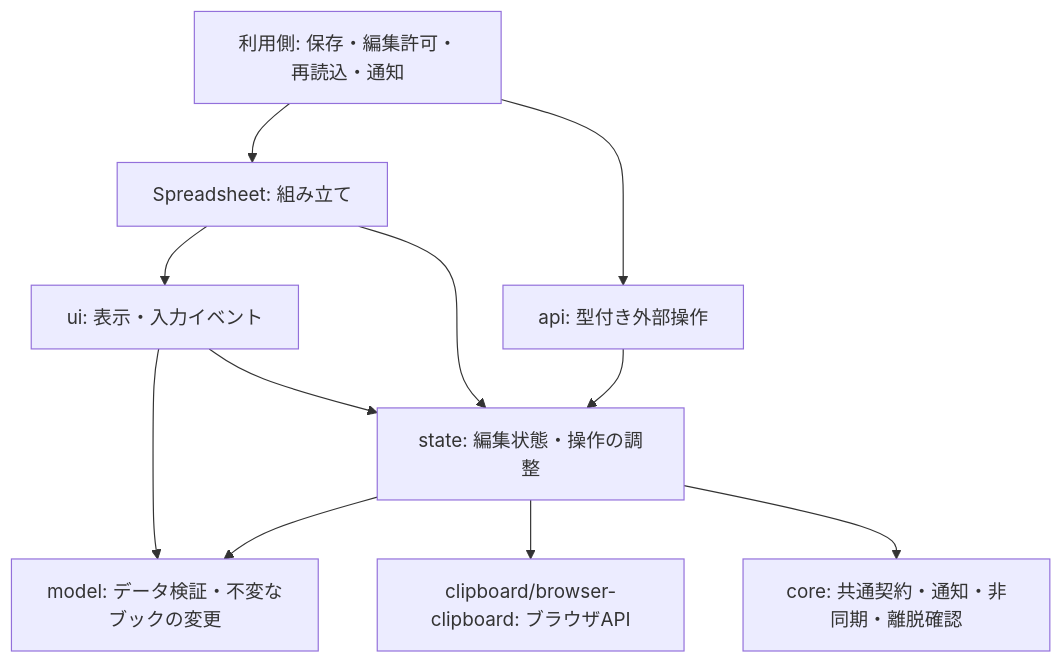
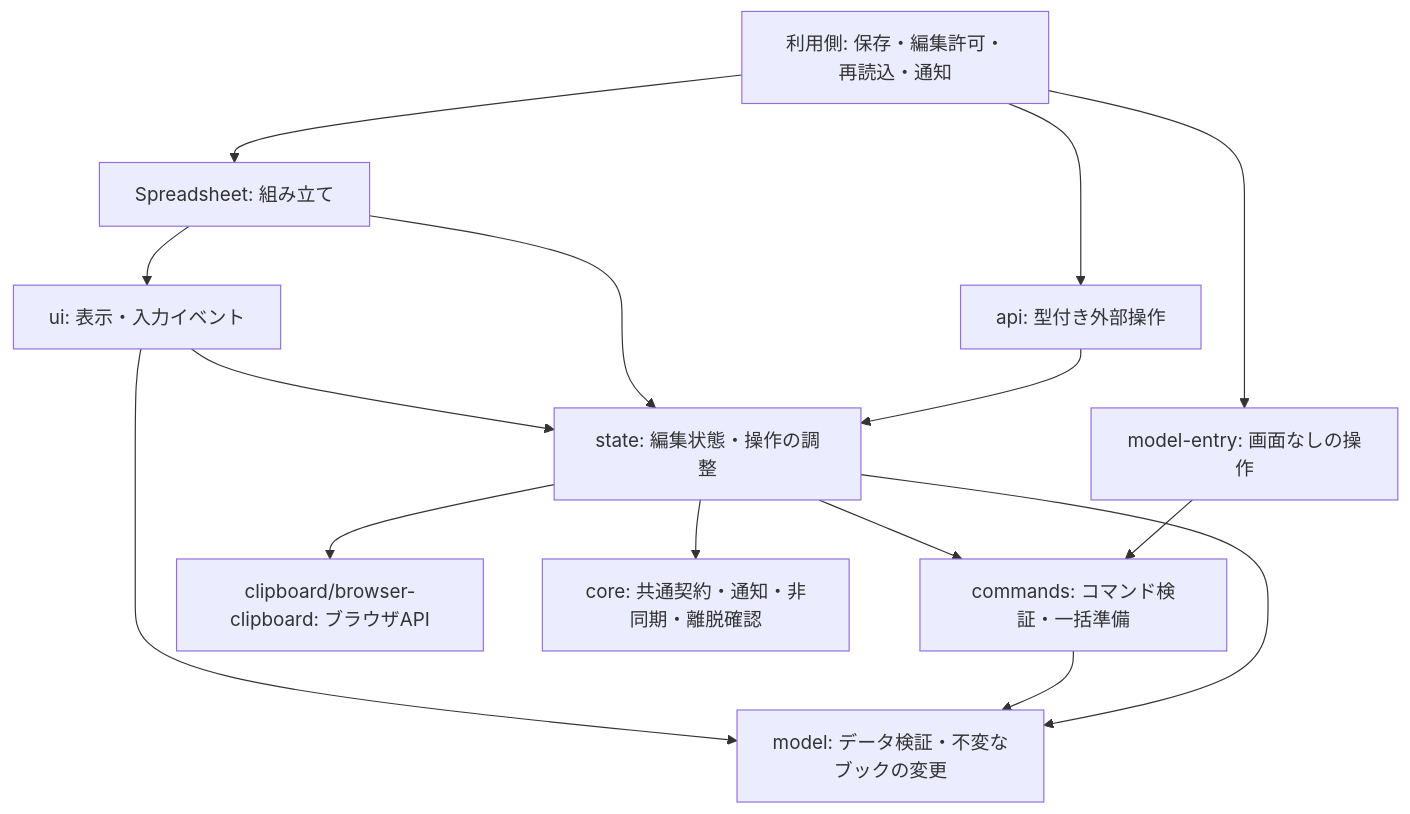
Before and after one commit to sunu-py-jp/LikeX: the diagram in packages/spreadsheet/src/docs/architecture.md, drawn with Mermaid. The commit also changed other lines of this file and 83 other files, not shown here.

Commit message:
feat: add headless spreadsheet model API

````diff
--- a/packages/spreadsheet/src/docs/architecture.md
+++ b/packages/spreadsheet/src/docs/architecture.md
@@ -9,13 +9,17 @@
 ```mermaid
 flowchart TD
   Host[利用側: 保存・編集許可・再読込・通知] --> Component[Spreadsheet: 組み立て]
   Host --> Handle[api: 型付き外部操作]
+  Host --> Headless[model-entry: 画面なしの操作]
+  Headless --> Commands[commands: コマンド検証・一括準備]
   Handle --> State
   Component --> UI[ui: 表示・入力イベント]
   Component --> State[state: 編集状態・操作の調整]
   UI --> State
   State --> Model[model: データ検証・不変なブックの変更]
+  State --> Commands
+  Commands --> Model
   UI --> Model
   State --> Clipboard[clipboard/browser-clipboard: ブラウザAPI]
   State --> Core[core: 共通契約・通知・非同期・離脱確認]
 ```
````
